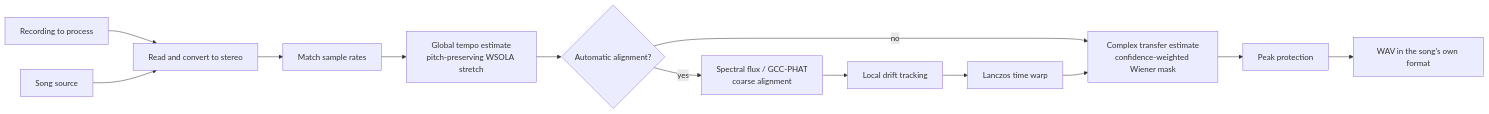
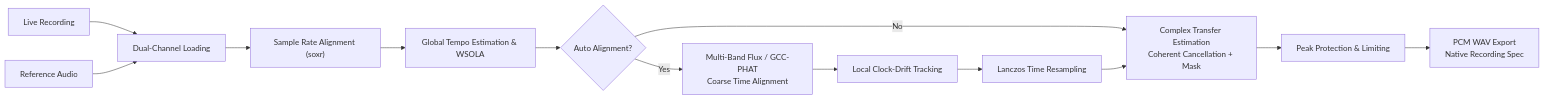
Before and after one commit to ChouChiu/Purivox: the diagram in docs/en/reference-removal.md, drawn with Mermaid. The commit also changed other lines of this file and 15 other files, not shown here.

````diff
--- a/docs/en/reference-removal.md
+++ b/docs/en/reference-removal.md
@@ -62,15 +48,15 @@
 ```mermaid
 flowchart LR
-    mix["Recording to process"] --> read["Read and convert to stereo"]
-    ref["Song source"] --> read
-    read --> rate["Match sample rates"]
-    rate --> tempo["Global tempo estimate<br/>pitch-preserving WSOLA stretch"]
-    tempo --> enabled{"Automatic alignment?"}
-    enabled -->|yes| coarse["Spectral flux / GCC-PHAT<br/>coarse alignment"]
-    coarse --> drift["Local drift tracking"]
-    drift --> warp["Lanczos time warp"]
-    enabled -->|no| mask["Complex transfer estimate<br/>confidence-weighted Wiener mask"]
+    mix["Live Recording"] --> read["Dual-Channel Loading"]
+    ref["Reference Audio"] --> read
+    read --> rate["Sample Rate Alignment (soxr)"]
+    rate --> tempo["Global Tempo Estimation & WSOLA"]
+    tempo --> enabled{"Auto Alignment?"}
+    enabled -->|Yes| coarse["Multi-Band Flux / GCC-PHAT<br/>Coarse Time Alignment"]
+    coarse --> drift["Local Clock-Drift Tracking"]
+    drift --> warp["Lanczos Time Resampling"]
+    enabled -->|No| mask["Complex Transfer Estimation<br/>Coherent Cancellation + Mask"]
     warp --> mask
-    mask --> protect["Peak protection"]
-    protect --> output["WAV in the song's own format"]
+    mask --> protect["Peak Protection & Limiting"]
+    protect --> output["PCM WAV Export<br/>Native Recording Spec"]
 ```
````
